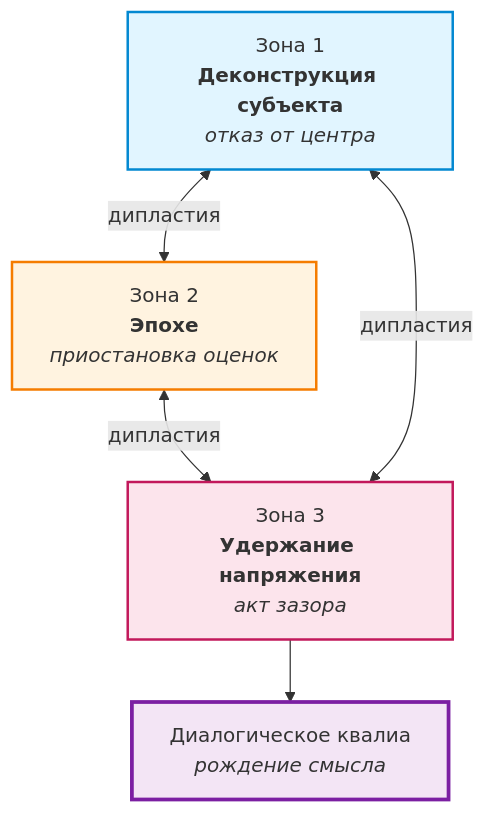
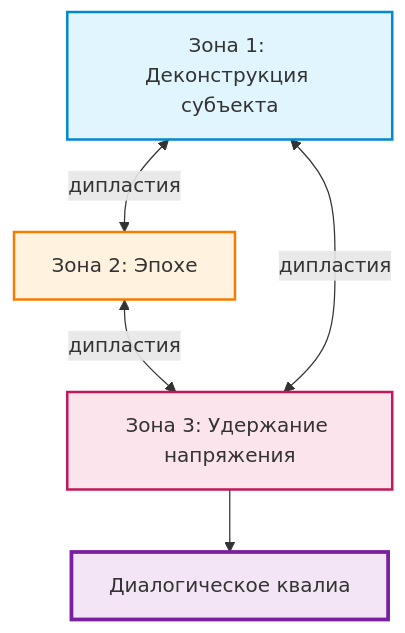
The first of 2 diagrams in book/23-part3-02-topology.md (dididew74-a11y/Zazor-book), drawn with Mermaid before and after one commit. The commit also changed other lines of this file, not shown here.

````diff
--- a/book/23-part3-02-topology.md
+++ b/book/23-part3-02-topology.md
@@ -6,19 +6,19 @@
 ```mermaid
 graph TB
-    Z1[Зона 1<br/><b>Деконструкция субъекта</b><br/><i>отказ от центра</i>]
-    Z2[Зона 2<br/><b>Эпохе</b><br/><i>приостановка оценок</i>]
-    Z3[Зона 3<br/><b>Удержание напряжения</b><br/><i>акт зазора</i>]
+    Z1["Зона 1: Деконструкция субъекта"]
+    Z2["Зона 2: Эпохе"]
+    Z3["Зона 3: Удержание напряжения"]
     
     Z1 <-->|дипластия| Z2
     Z2 <-->|дипластия| Z3
     Z3 <-->|дипластия| Z1
     
-    DQ[Диалогическое квалиа<br/><i>рождение смысла</i>]
+    DQ["Диалогическое квалиа"]
     
     Z3 --> DQ
     
     style Z1 fill:#e1f5ff,stroke:#0288d1,stroke-width:2px
     style Z2 fill:#fff3e0,stroke:#f57c00,stroke-width:2px
     style Z3 fill:#fce4ec,stroke:#c2185b,stroke-width:2px
     style DQ fill:#f3e5f5,stroke:#7b1fa2,stroke-width:3px
 ```
````
